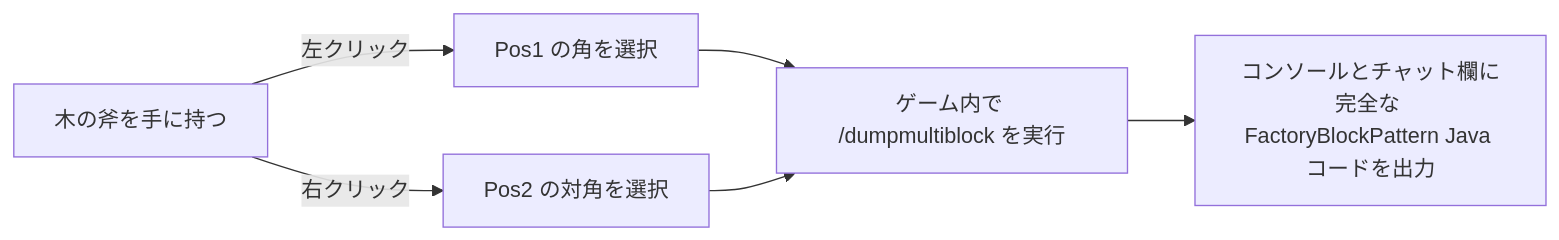
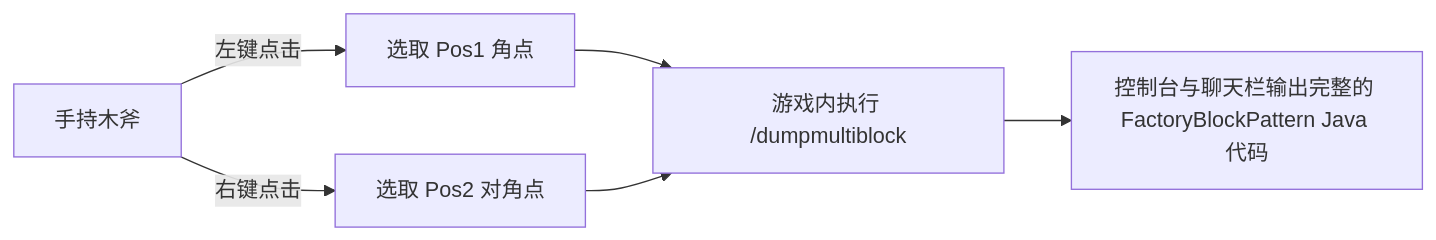
One commit to takanashisatou/GregtechEasy changed the diagram in docs/ja/kubejs/tools-and-utilities.md. Above: the diagram before and after it, drawn with Mermaid. The commit also changed other lines of this file and 144 other files, not shown here.

````diff
--- a/docs/ja/kubejs/tools-and-utilities.md
+++ b/docs/ja/kubejs/tools-and-utilities.md
@@ -13,7 +13,7 @@
 ```mermaid
 graph LR
-    A[木の斧を手に持つ] -->|左クリック| B[Pos1 の角を選択]
-    A -->|右クリック| C[Pos2 の対角を選択]
-    B & C --> D[ゲーム内で /dumpmultiblock を実行]
-    D --> E[コンソールとチャット欄に完全な FactoryBlockPattern Java コードを出力]
+    A[手持木斧] -->|左键点击| B[选取 Pos1 角点]
+    A -->|右键点击| C[选取 Pos2 对角点]
+    B & C --> D[游戏内执行 /dumpmultiblock]
+    D --> E[控制台与聊天栏输出完整的 FactoryBlockPattern Java 代码]
 ```
````
